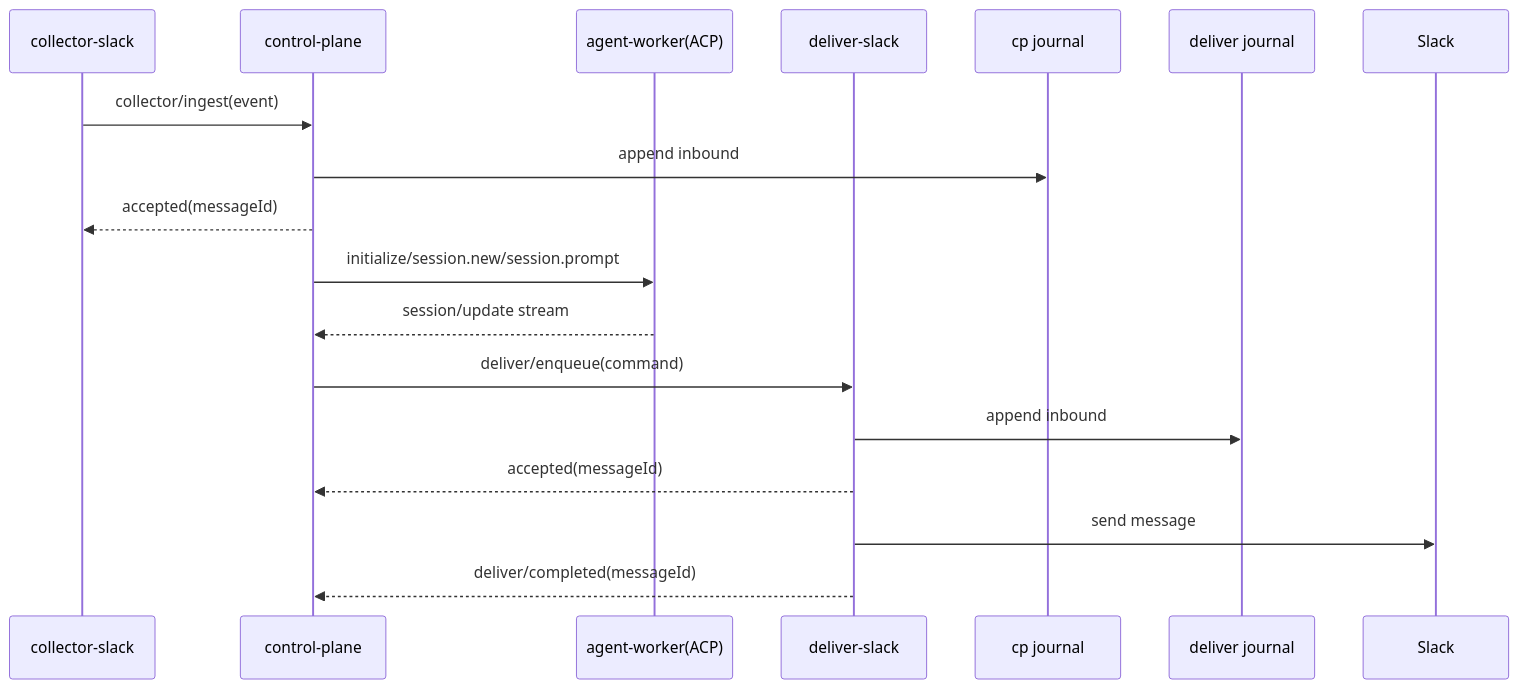
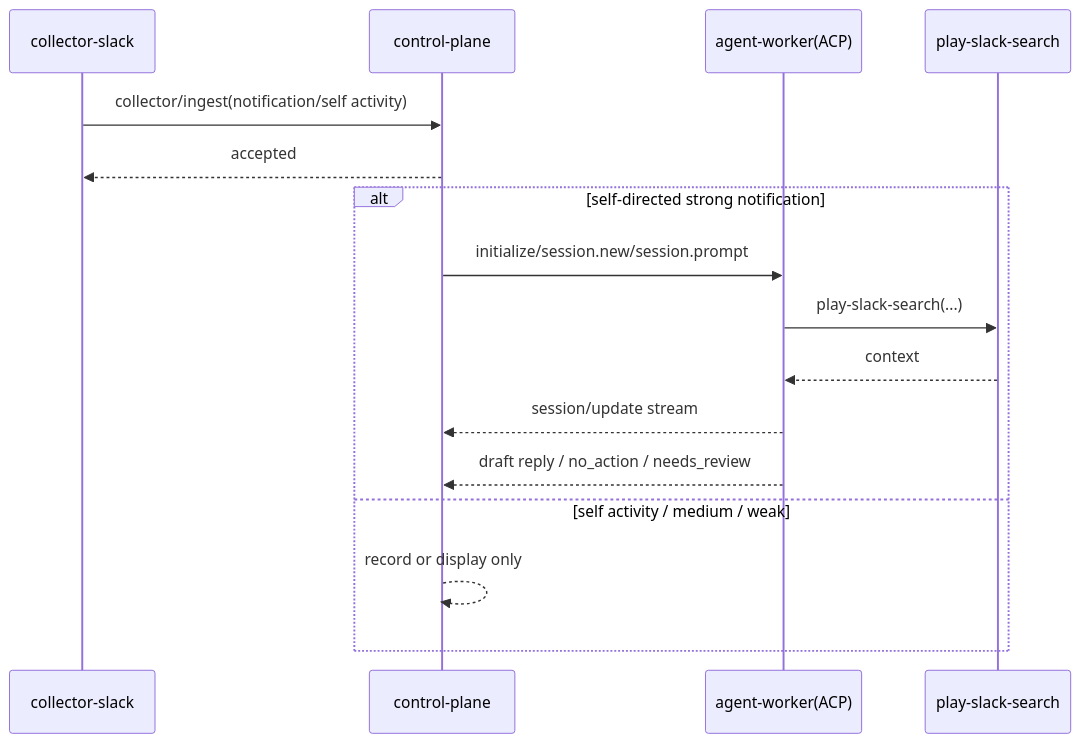
One commit to masahide/adjutant changed the third of 4 diagrams in doc/spec.md. Above: the diagram before and after it, drawn with Mermaid. The commit also changed other lines of this file and 2 other files, not shown here.

````diff
--- a/doc/spec.md
+++ b/doc/spec.md
@@ -626,20 +590,19 @@
 ```mermaid
 sequenceDiagram
   participant C as collector-slack
   participant CP as control-plane
   participant AW as agent-worker(ACP)
-  participant D as deliver-slack
-  participant J1 as cp journal
-  participant J2 as deliver journal
+  participant T as play-slack-search
 
-  C->>CP: collector/ingest(event)
-  CP->>J1: append inbound
-  CP-->>C: accepted(messageId)
-  CP->>AW: initialize/session.new/session.prompt
-  AW-->>CP: session/update stream
-  CP->>D: deliver/enqueue(command)
-  D->>J2: append inbound
-  D-->>CP: accepted(messageId)
-  D->>Slack: send message
-  D-->>CP: deliver/completed(messageId)
+  C->>CP: collector/ingest(notification/self activity)
+  CP-->>C: accepted
+  alt self-directed strong notification
+    CP->>AW: initialize/session.new/session.prompt
+    AW->>T: play-slack-search(...)
+    T-->>AW: context
+    AW-->>CP: session/update stream
+    AW-->>CP: draft reply / no_action / needs_review
+  else self activity / medium / weak
+    CP-->>CP: record or display only
+  end
 ```
````
